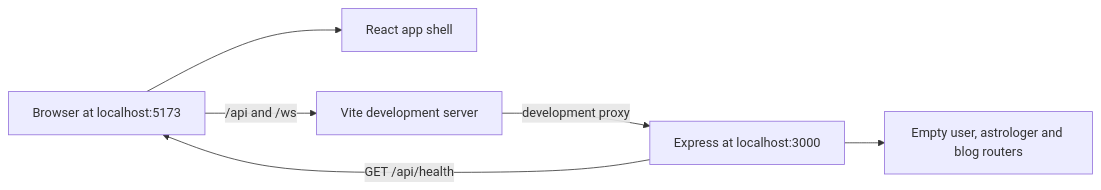
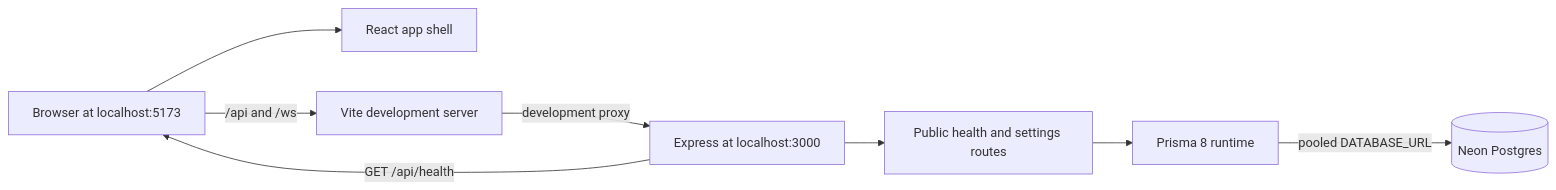
Before and after one commit to Yash1927/AstroWeb-App: the diagram in docs/ARCHITECTURE.md, drawn with Mermaid. The commit also changed other lines of this file and 30 other files, not shown here.

Commit message:
Step 2: database schema and seed

````diff
--- a/docs/ARCHITECTURE.md
+++ b/docs/ARCHITECTURE.md
@@ -18,14 +20,18 @@
 ```mermaid
 flowchart LR
     Browser[Browser at localhost:5173]
     React[React app shell]
     Vite[Vite development server]
     Express[Express at localhost:3000]
-    Routes[Empty user, astrologer and blog routers]
+    Public[Public health and settings routes]
+    Prisma[Prisma 8 runtime]
+    Neon[(Neon Postgres)]
 
     Browser --> React
     Browser -->|/api and /ws| Vite
     Vite -->|development proxy| Express
     Express -->|GET /api/health| Browser
-    Express --> Routes
+    Express --> Public
+    Public --> Prisma
+    Prisma -->|pooled DATABASE_URL| Neon
 ```
````
